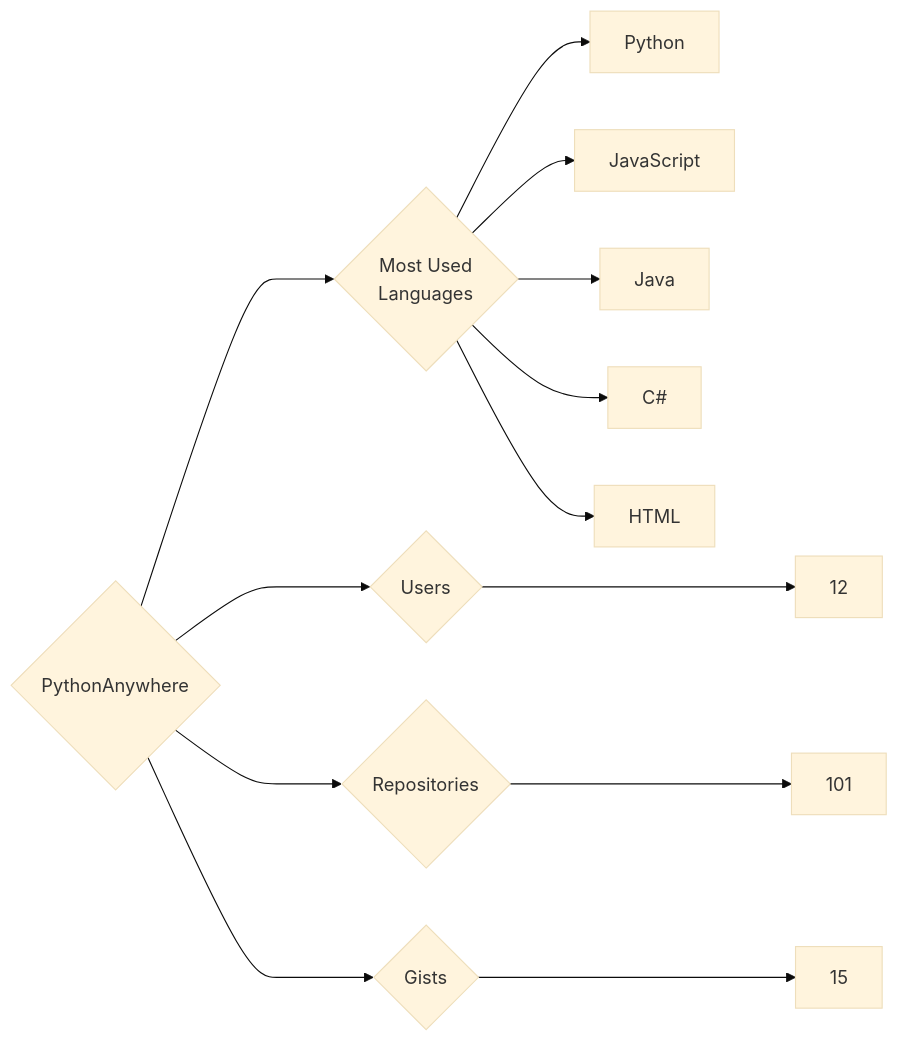
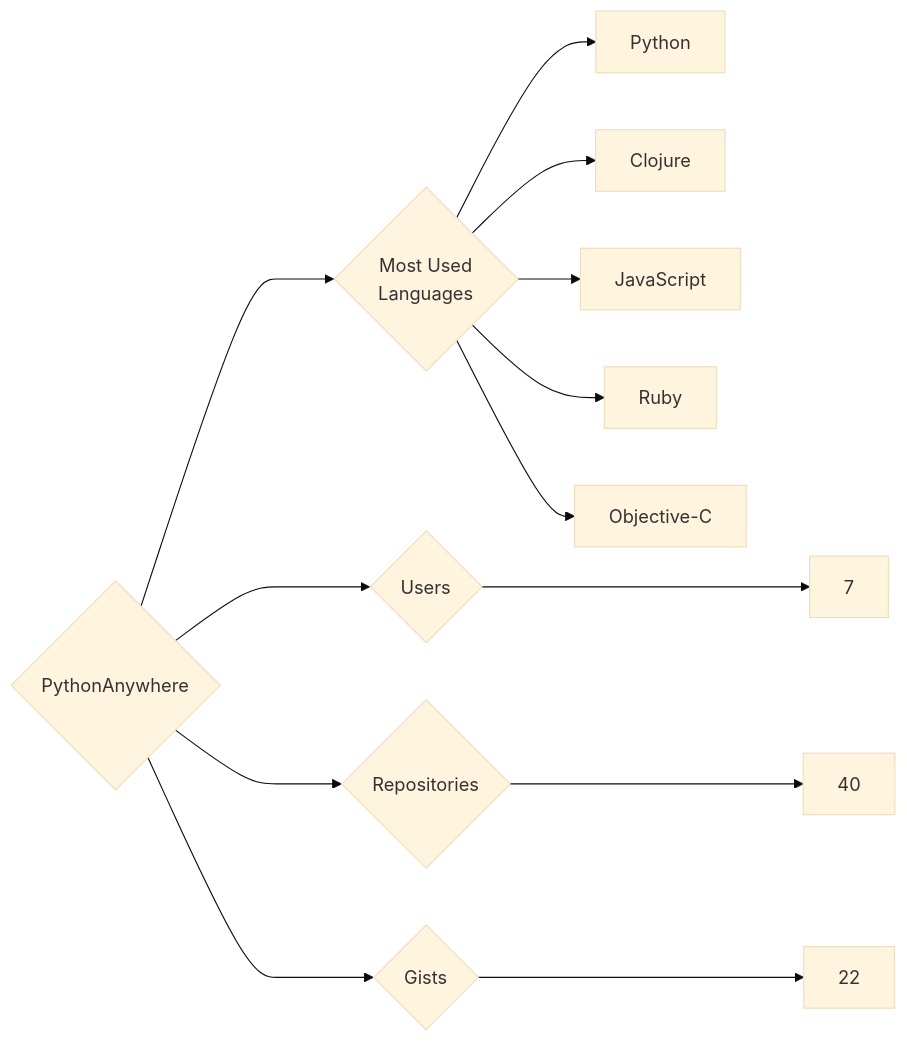
Before and after one commit to trickest/insiders: the diagram in targets/PythonAnywhere/README.md, drawn with Mermaid (base theme). The commit also changed 1389 other files, not shown here.

````diff
--- a/targets/PythonAnywhere/README.md
+++ b/targets/PythonAnywhere/README.md
@@ -3,13 +3,13 @@
 ```mermaid
 graph LR
 COMPANY_NAME{PythonAnywhere}
-COMPANY_NAME ---> U{Users} ---> UN[12]
-COMPANY_NAME ---> R{Repositories} ---> RN[101]
-COMPANY_NAME ---> G{Gists} ---> GN[15]
+COMPANY_NAME ---> U{Users} ---> UN[7]
+COMPANY_NAME ---> R{Repositories} ---> RN[40]
+COMPANY_NAME ---> G{Gists} ---> GN[22]
 COMPANY_NAME ---> ML{Most Used<br>Languages}
 ML --> Python[Python]
+ML --> Clojure[Clojure]
 ML --> JavaScript[JavaScript]
-ML --> Java[Java]
-ML --> C#[C#]
-ML --> HTML[HTML]
+ML --> Ruby[Ruby]
+ML --> Objective-C[Objective-C]
 ```
````
